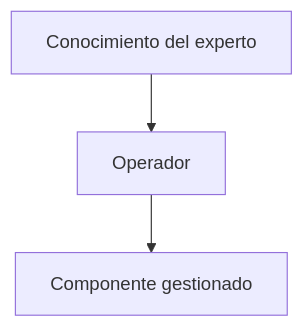
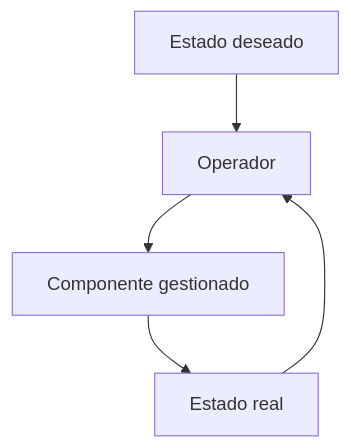
Before and after one commit to ieftraining/curso-openshift: the sixth of 8 diagrams in docs/sesion1/1.4 que añade openshift.md, drawn with Mermaid. The commit also changed other lines of this file, not shown here.

````diff
--- a/docs/sesion1/1.4 que añade openshift.md
+++ b/docs/sesion1/1.4 que añade openshift.md
@@ -169,6 +168,8 @@
 ```mermaid
 flowchart TD
-    A[Conocimiento del experto]
+    A[Estado deseado]
     --> B[Operador]
     --> C[Componente gestionado]
+    C --> D[Estado real]
+    D --> B
 ```
````
